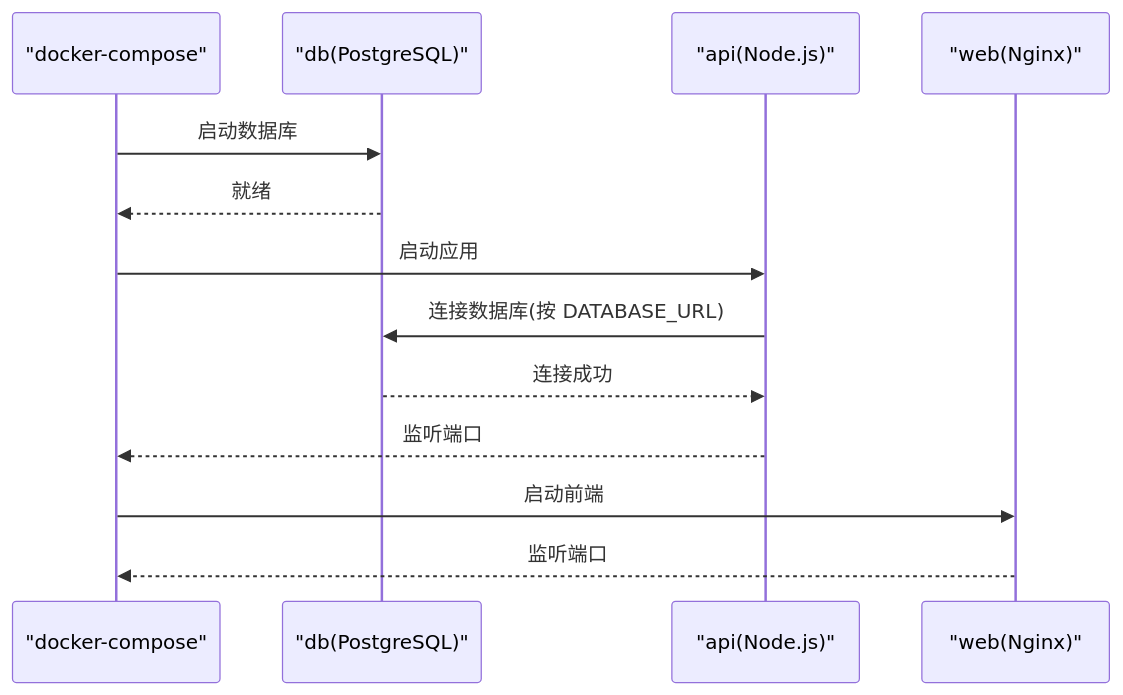
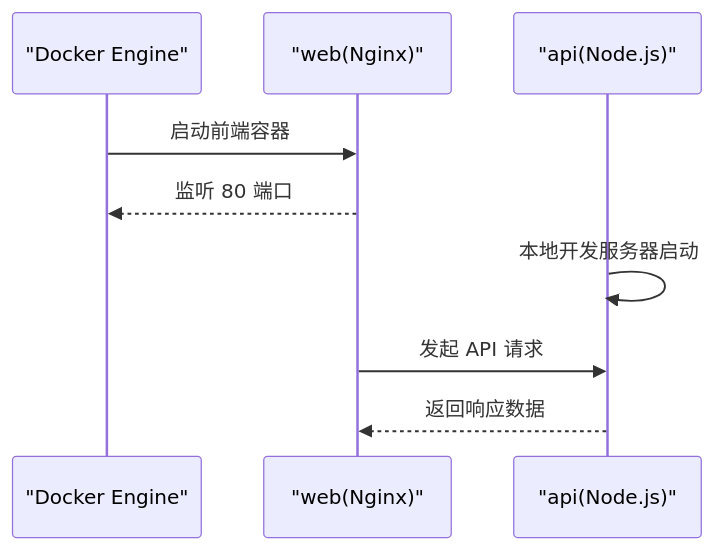
The second of 4 diagrams in .qoder/repowiki/zh/content/部署与运维/Docker 容器化.md (hanksd769-droid/sailshub), drawn with Mermaid before and after one commit. The commit also changed other lines of this file and 6 other files, not shown here.

````diff
--- a/.qoder/repowiki/zh/content/部署与运维/Docker 容器化.md
+++ b/.qoder/repowiki/zh/content/部署与运维/Docker 容器化.md
@@ -93,15 +75,11 @@
 ```mermaid
 sequenceDiagram
-participant Compose as "docker-compose"
-participant DB as "db(PostgreSQL)"
+participant Docker as "Docker Engine"
+participant WEB as "web(Nginx)"
 participant API as "api(Node.js)"
-participant WEB as "web(Nginx)"
-Compose->>DB : 启动数据库
-DB-->>Compose : 就绪
-Compose->>API : 启动应用
-API->>DB : 连接数据库(按 DATABASE_URL)
-DB-->>API : 连接成功
-API-->>Compose : 监听端口
-Compose->>WEB : 启动前端
-WEB-->>Compose : 监听端口
+Docker->>WEB : 启动前端容器
+WEB-->>Docker : 监听 80 端口
+API->>API : 本地开发服务器启动
+WEB->>API : 发起 API 请求
+API-->>WEB : 返回响应数据
 ```
````
